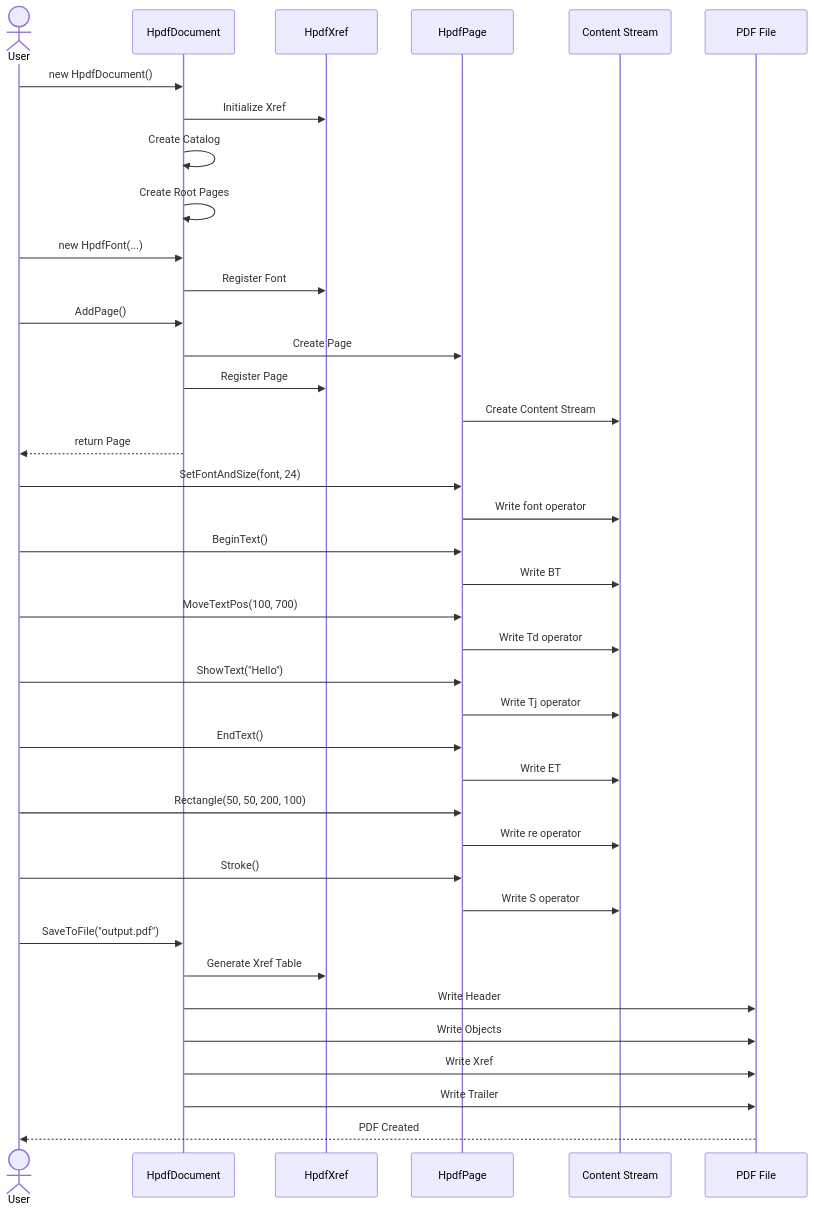
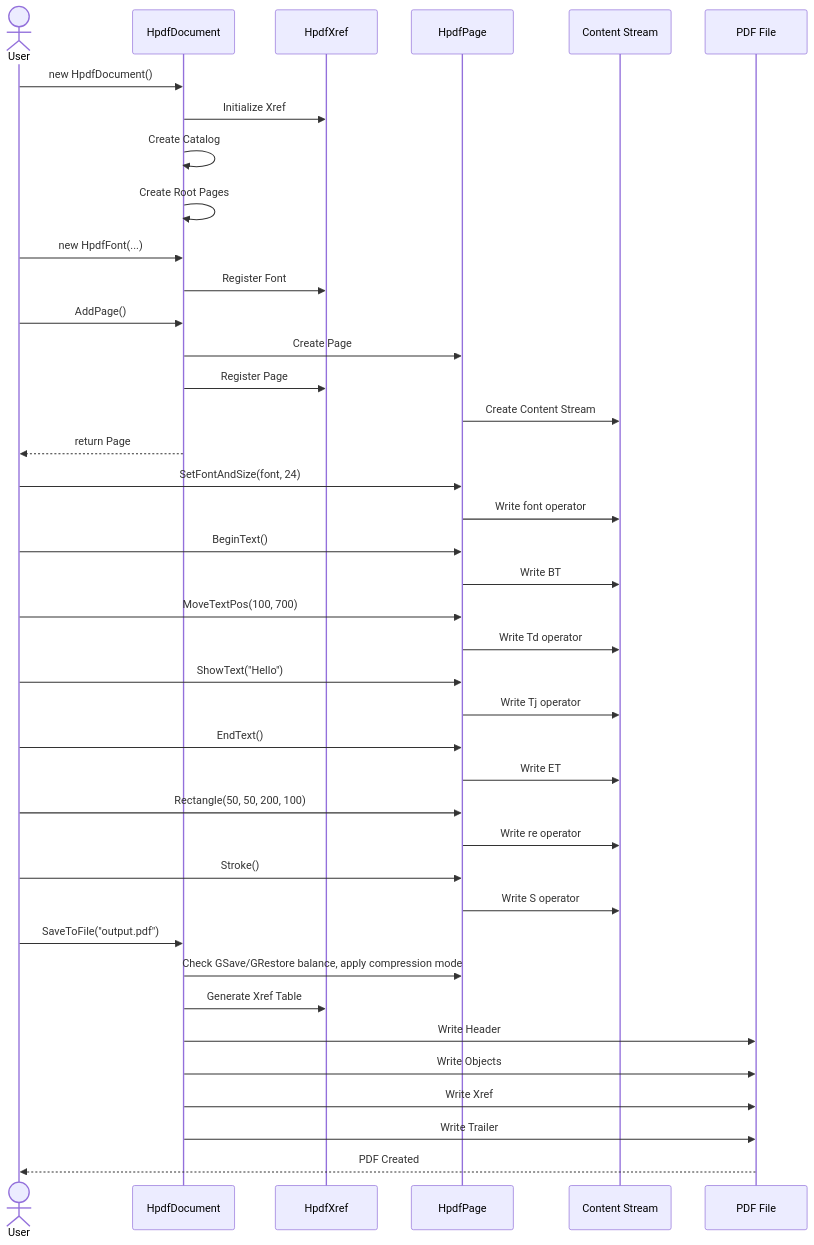
One commit to nikolaygekht/haru-net-full-port changed the seventh of 9 diagrams in docs/STRUCTURE.md. Above: the diagram before and after it, drawn with Mermaid. The commit also changed other lines of this file and 29 other files, not shown here.

````diff
--- a/docs/STRUCTURE.md
+++ b/docs/STRUCTURE.md
@@ -468,52 +472,53 @@
 ```mermaid
 sequenceDiagram
     actor User
     participant Doc as HpdfDocument
     participant Xref as HpdfXref
     participant Page as HpdfPage
     participant Stream as Content Stream
     participant File as PDF File
 
     User->>Doc: new HpdfDocument()
     Doc->>Xref: Initialize Xref
     Doc->>Doc: Create Catalog
     Doc->>Doc: Create Root Pages
 
     User->>Doc: new HpdfFont(...)
     Doc->>Xref: Register Font
 
     User->>Doc: AddPage()
     Doc->>Page: Create Page
     Doc->>Xref: Register Page
     Page->>Stream: Create Content Stream
     Doc-->>User: return Page
 
     User->>Page: SetFontAndSize(font, 24)
     Page->>Stream: Write font operator
 
     User->>Page: BeginText()
     Page->>Stream: Write BT
 
     User->>Page: MoveTextPos(100, 700)
     Page->>Stream: Write Td operator
 
     User->>Page: ShowText("Hello")
     Page->>Stream: Write Tj operator
 
     User->>Page: EndText()
     Page->>Stream: Write ET
 
     User->>Page: Rectangle(50, 50, 200, 100)
     Page->>Stream: Write re operator
 
     User->>Page: Stroke()
     Page->>Stream: Write S operator
 
     User->>Doc: SaveToFile("output.pdf")
+    Doc->>Page: Check GSave/GRestore balance, apply compression mode
     Doc->>Xref: Generate Xref Table
     Doc->>File: Write Header
     Doc->>File: Write Objects
     Doc->>File: Write Xref
     Doc->>File: Write Trailer
     File-->>User: PDF Created
 ```
````
